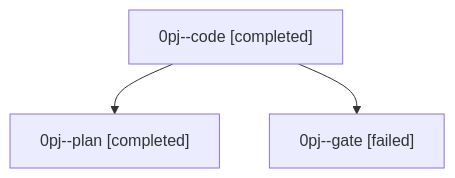
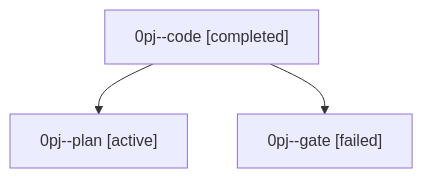
One commit to sase-org/sase--agents changed the diagram in families/bbugyi200.athena.0pj.md. Above: the diagram before and after it, drawn with Mermaid. The commit also changed other lines of this file and 35830 other files, not shown here.

````diff
--- a/families/bbugyi200.athena.0pj.md
+++ b/families/bbugyi200.athena.0pj.md
@@ -9,8 +9,8 @@
 ```mermaid
 flowchart TD
   n0["0pj--code [completed]"]
-  n1["0pj--plan [completed]"]
+  n1["0pj--plan [active]"]
   n0 --> n1
   n2["0pj--gate [failed]"]
   n0 --> n2
 ```
````
